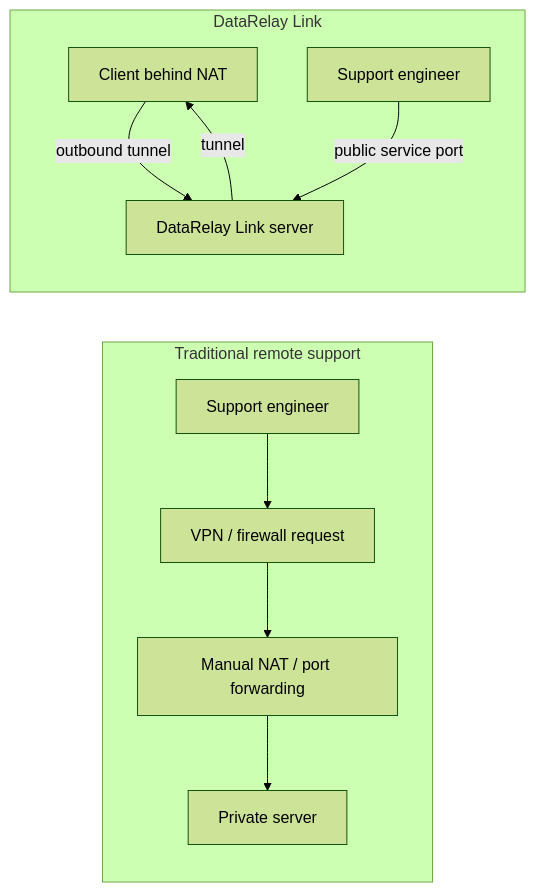
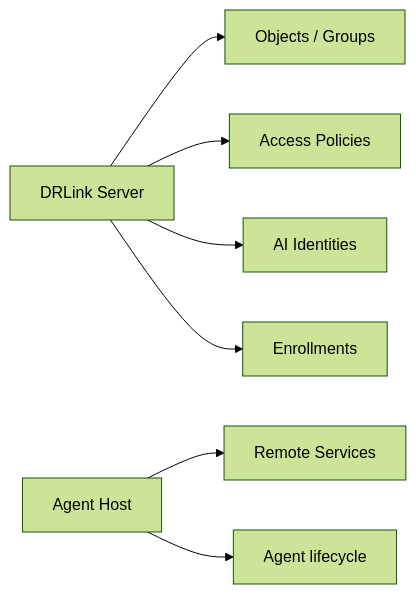
One commit to datarelay-labs/datarelay-link-docs changed the diagram in getting-started/concepts.mdx. Above: the diagram before and after it, drawn with Mermaid (forest theme). The commit also changed other lines of this file and 9 other files, not shown here.

````diff
--- a/getting-started/concepts.mdx
+++ b/getting-started/concepts.mdx
@@ -18,14 +30,11 @@
 ```mermaid
 flowchart LR
-    subgraph BEFORE[Traditional remote support]
-      O1[Support engineer] --> V[VPN / firewall request]
-      V --> N[Manual NAT / port forwarding]
-      N --> H1[Private server]
-    end
-
-    subgraph AFTER[DataRelay Link]
-      C[Client behind NAT] -->|outbound tunnel| S[DataRelay Link server]
-      O2[Support engineer] -->|public service port| S
-      S -->|tunnel| C
-    end
+    S[DRLink Server]
+    A[Agent Host]
+    S --> O[Objects / Groups]
+    S --> P[Access Policies]
+    S --> I[AI Identities]
+    S --> E[Enrollments]
+    A --> R[Remote Services]
+    A --> L[Agent lifecycle]
 ```
````
